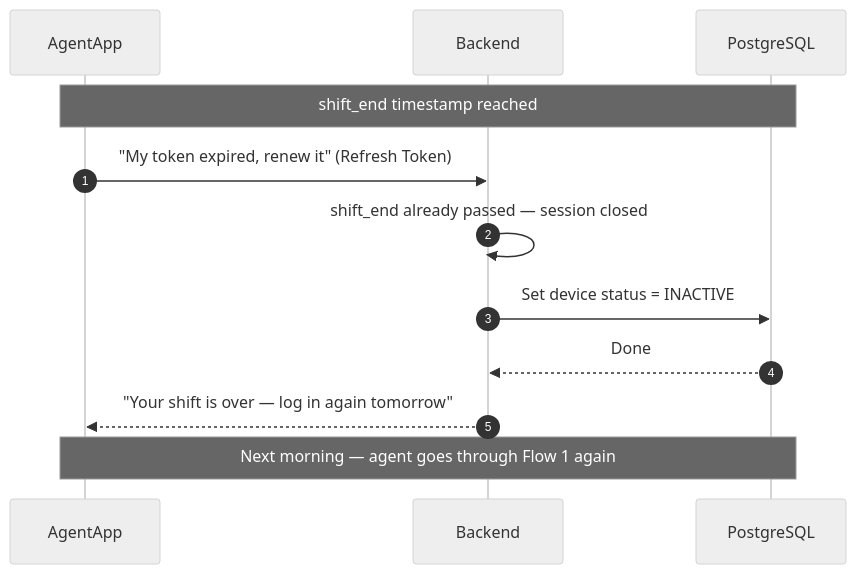
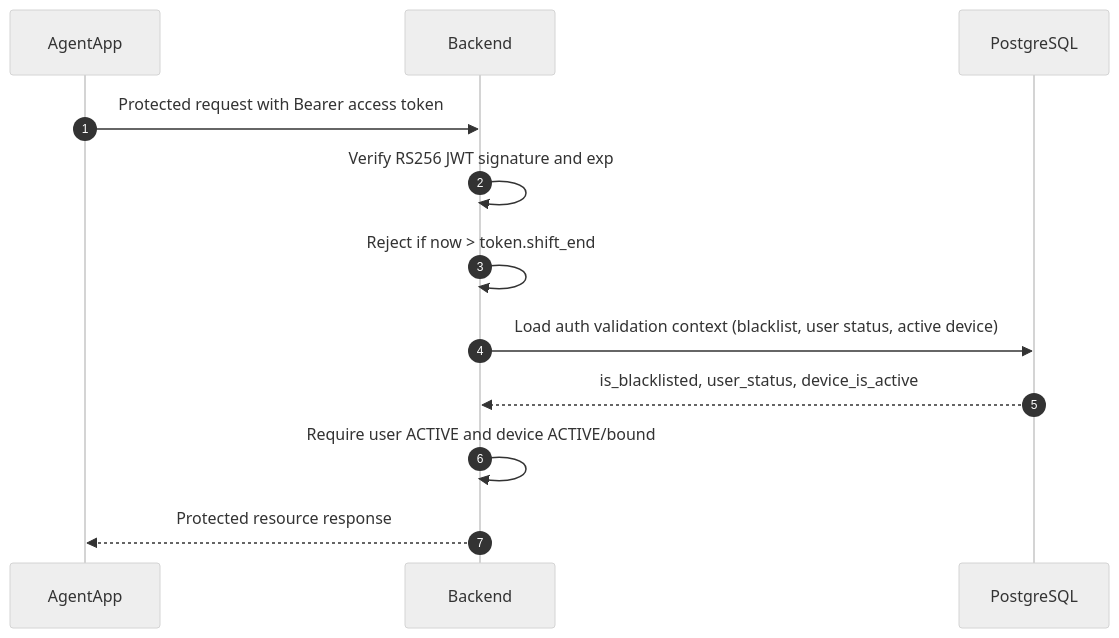
The third of 6 diagrams in docs/daily_opertational_login_flow.md (skyengpro/iviss), drawn with Mermaid (neutral theme) before and after one commit. The commit also changed other lines of this file and 13 other files, not shown here.

````diff
--- a/docs/daily_opertational_login_flow.md
+++ b/docs/daily_opertational_login_flow.md
@@ -129,17 +190,15 @@
 ```mermaid
 sequenceDiagram
     autonumber
     participant AgentApp
     participant Backend
     participant PostgreSQL
 
-    note over AgentApp,PostgreSQL: shift_end timestamp reached
-
-    AgentApp->>Backend: "My token expired, renew it" (Refresh Token)
-    Backend->>Backend: shift_end already passed — session closed
-    Backend->>PostgreSQL: Set device status = INACTIVE
-    PostgreSQL-->>Backend: Done
-    Backend-->>AgentApp: "Your shift is over — log in again tomorrow"
-
-    note over AgentApp,PostgreSQL: Next morning — agent goes through Flow 1 again
+    AgentApp->>Backend: Protected request with Bearer access token
+    Backend->>Backend: Verify RS256 JWT signature and exp
+    Backend->>Backend: Reject if now > token.shift_end
+    Backend->>PostgreSQL: Load auth validation context (blacklist, user status, active device)
+    PostgreSQL-->>Backend: is_blacklisted, user_status, device_is_active
+    Backend->>Backend: Require user ACTIVE and device ACTIVE/bound
+    Backend-->>AgentApp: Protected resource response
 ```
````
